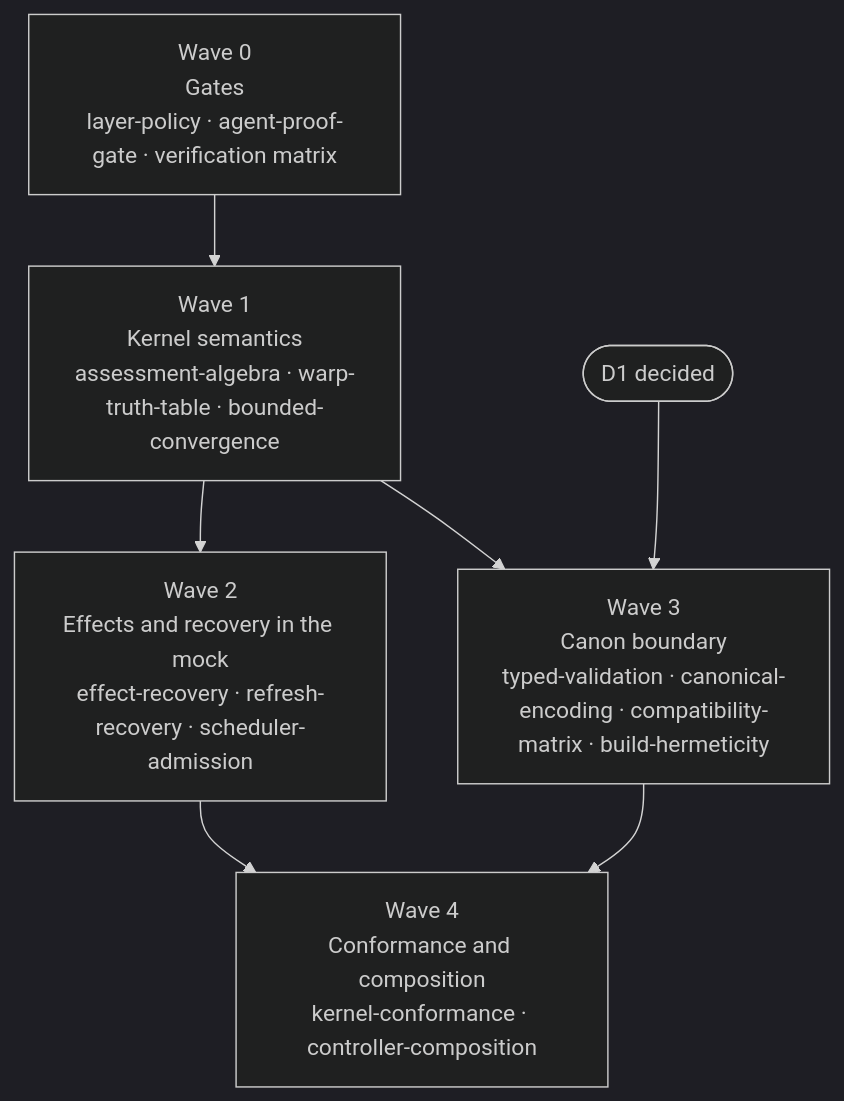
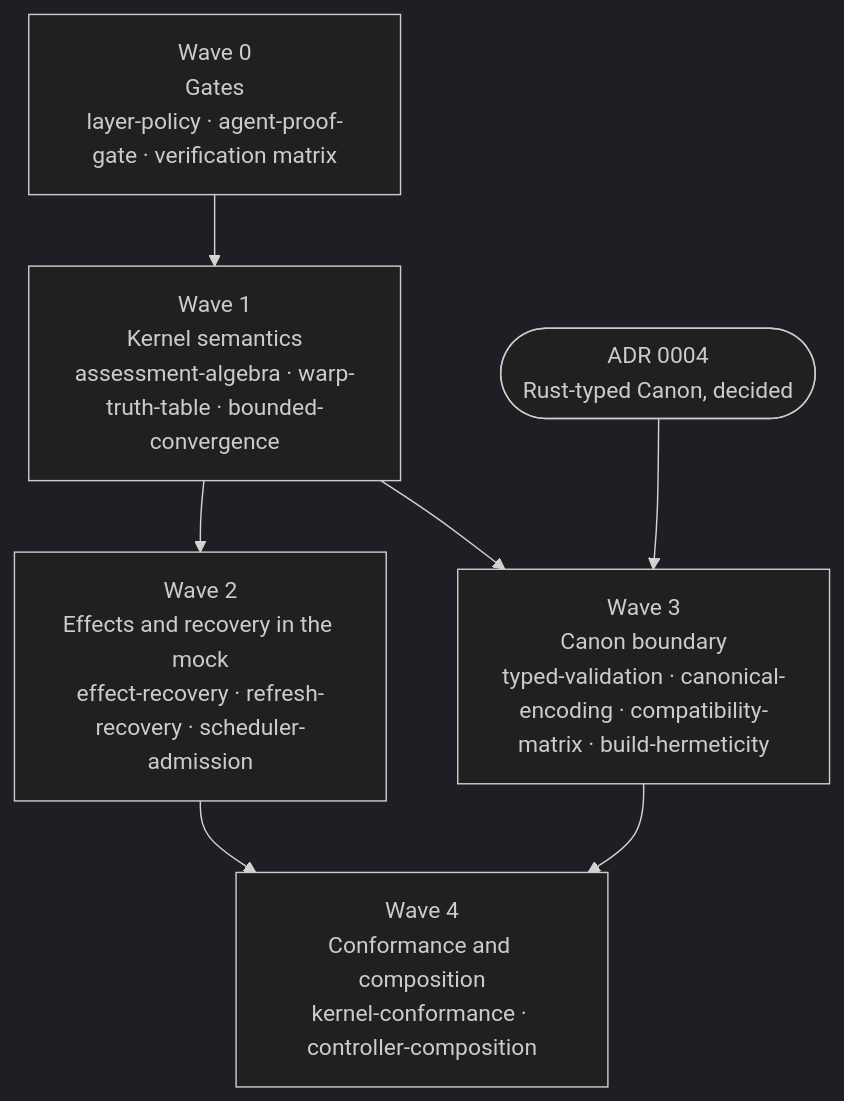
The diagram in docs/research/2026-09-28-typed-core/grounding-plan.md (kmosoti/Nomos), drawn with Mermaid (dark theme) before and after one commit. The commit also changed other lines of this file and 9 other files, not shown here.

First line of the commit message:
Decide D1: Canon is authored in Rust and shipped as an inert IR

````diff
--- a/docs/research/2026-09-28-typed-core/grounding-plan.md
+++ b/docs/research/2026-09-28-typed-core/grounding-plan.md
@@ -33,13 +33,13 @@
 ```mermaid
 flowchart TB
     W0["Wave 0<br/>Gates<br/>layer-policy · agent-proof-gate · verification matrix"]
     W1["Wave 1<br/>Kernel semantics<br/>assessment-algebra · warp-truth-table · bounded-convergence"]
     W2["Wave 2<br/>Effects and recovery in the mock<br/>effect-recovery · refresh-recovery · scheduler-admission"]
     W3["Wave 3<br/>Canon boundary<br/>typed-validation · canonical-encoding · compatibility-matrix · build-hermeticity"]
     W4["Wave 4<br/>Conformance and composition<br/>kernel-conformance · controller-composition"]
-    D1(["D1 decided"])
+    ADR4(["ADR 0004<br/>Rust-typed Canon, decided"])
     W0 --> W1 --> W2 --> W4
     W1 --> W3
-    D1 --> W3
+    ADR4 --> W3
     W3 --> W4
 ```
````
